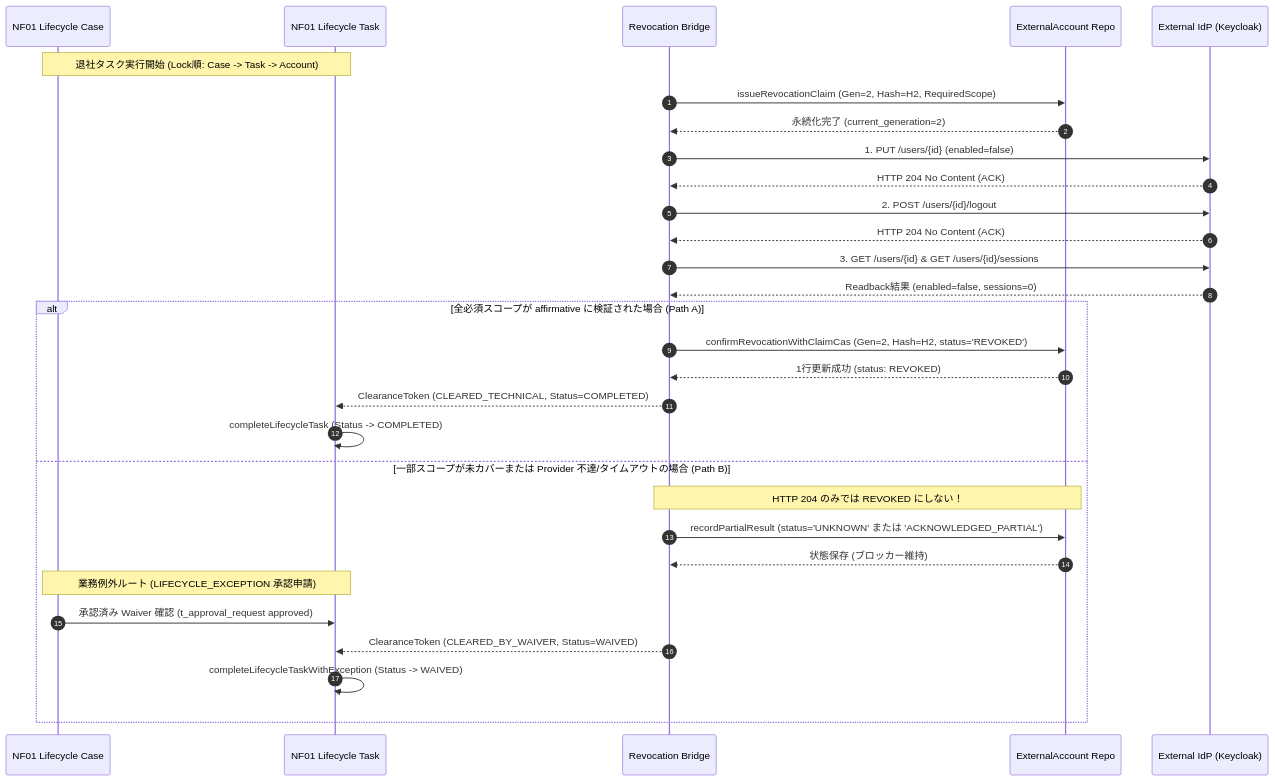
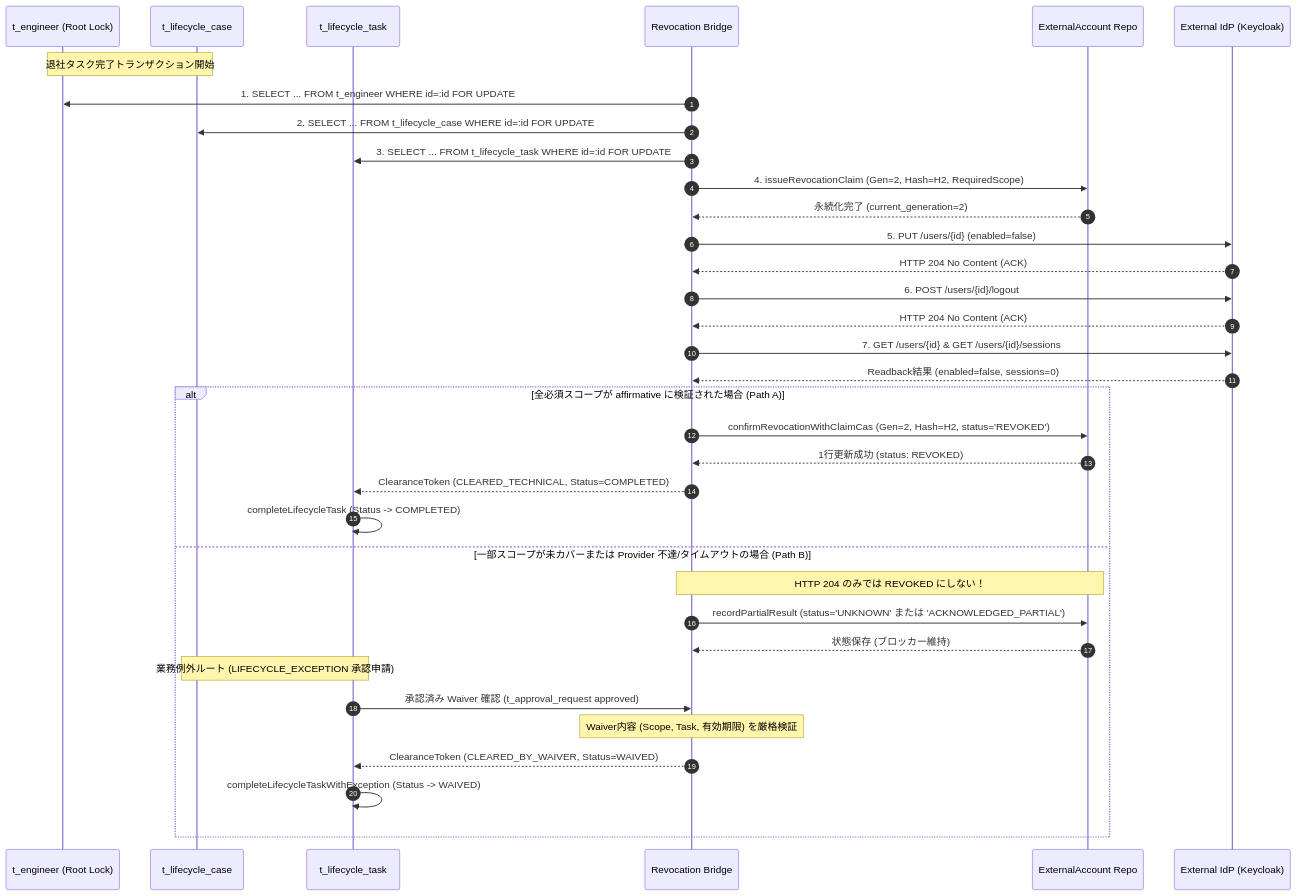
One commit to satoshi2024/ses-manager-pro changed the diagram in .kiro/specs/asset-account-license-lifecycle/lifecycle-revocation-bridge-plan.md. Above: the diagram before and after it, drawn with Mermaid. The commit also changed other lines of this file, not shown here.

````diff
--- a/.kiro/specs/asset-account-license-lifecycle/lifecycle-revocation-bridge-plan.md
+++ b/.kiro/specs/asset-account-license-lifecycle/lifecycle-revocation-bridge-plan.md
@@ -141,35 +153,40 @@
 ```mermaid
 sequenceDiagram
     autonumber
-    participant Case as NF01 Lifecycle Case
-    participant Task as NF01 Lifecycle Task
+    participant Eng as t_engineer (Root Lock)
+    participant Case as t_lifecycle_case
+    participant Task as t_lifecycle_task
     participant Bridge as Revocation Bridge
     participant Repo as ExternalAccount Repo
     participant IdP as External IdP (Keycloak)
 
-    Note over Case,Task: 退社タスク実行開始 (Lock順: Case -> Task -> Account)
-    Bridge->>Repo: issueRevocationClaim (Gen=2, Hash=H2, RequiredScope)
+    Note over Eng,Case: 退社タスク完了トランザクション開始
+    Bridge->>Eng: 1. SELECT ... FROM t_engineer WHERE id=:id FOR UPDATE
+    Bridge->>Case: 2. SELECT ... FROM t_lifecycle_case WHERE id=:id FOR UPDATE
+    Bridge->>Task: 3. SELECT ... FROM t_lifecycle_task WHERE id=:id FOR UPDATE
+    Bridge->>Repo: 4. issueRevocationClaim (Gen=2, Hash=H2, RequiredScope)
     Repo-->>Bridge: 永続化完了 (current_generation=2)
 
-    Bridge->>IdP: 1. PUT /users/{id} (enabled=false)
+    Bridge->>IdP: 5. PUT /users/{id} (enabled=false)
     IdP-->>Bridge: HTTP 204 No Content (ACK)
-    Bridge->>IdP: 2. POST /users/{id}/logout
+    Bridge->>IdP: 6. POST /users/{id}/logout
     IdP-->>Bridge: HTTP 204 No Content (ACK)
-    Bridge->>IdP: 3. GET /users/{id} & GET /users/{id}/sessions
+    Bridge->>IdP: 7. GET /users/{id} & GET /users/{id}/sessions
     IdP-->>Bridge: Readback結果 (enabled=false, sessions=0)
 
     alt 全必須スコープが affirmative に検証された場合 (Path A)
         Bridge->>Repo: confirmRevocationWithClaimCas (Gen=2, Hash=H2, status='REVOKED')
         Repo-->>Bridge: 1行更新成功 (status: REVOKED)
         Bridge-->>Task: ClearanceToken (CLEARED_TECHNICAL, Status=COMPLETED)
         Task->>Task: completeLifecycleTask (Status -> COMPLETED)
     else 一部スコープが未カバーまたは Provider 不達/タイムアウトの場合 (Path B)
         Note over Bridge,Repo: HTTP 204 のみでは REVOKED にしない！
         Bridge->>Repo: recordPartialResult (status='UNKNOWN' または 'ACKNOWLEDGED_PARTIAL')
         Repo-->>Bridge: 状態保存 (ブロッカー維持)
         Note over Case,Task: 業務例外ルート (LIFECYCLE_EXCEPTION 承認申請)
-        Case->>Task: 承認済み Waiver 確認 (t_approval_request approved)
+        Task->>Bridge: 承認済み Waiver 確認 (t_approval_request approved)
+        Note over Bridge: Waiver内容 (Scope, Task, 有効期限) を厳格検証
         Bridge-->>Task: ClearanceToken (CLEARED_BY_WAIVER, Status=WAIVED)
         Task->>Task: completeLifecycleTaskWithException (Status -> WAIVED)
     end
 ```
````
